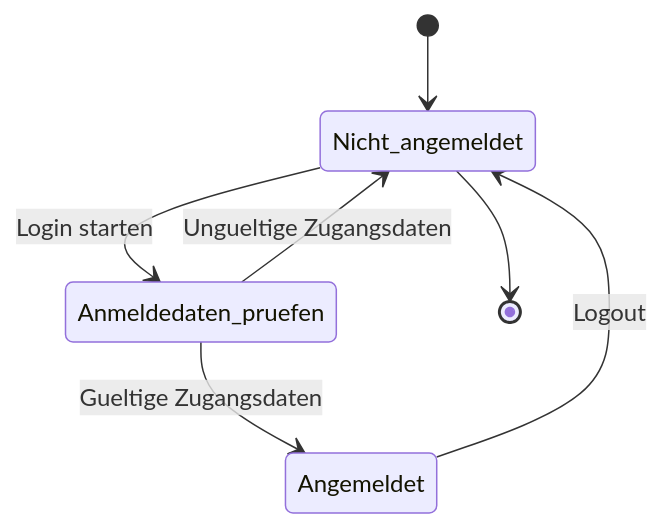
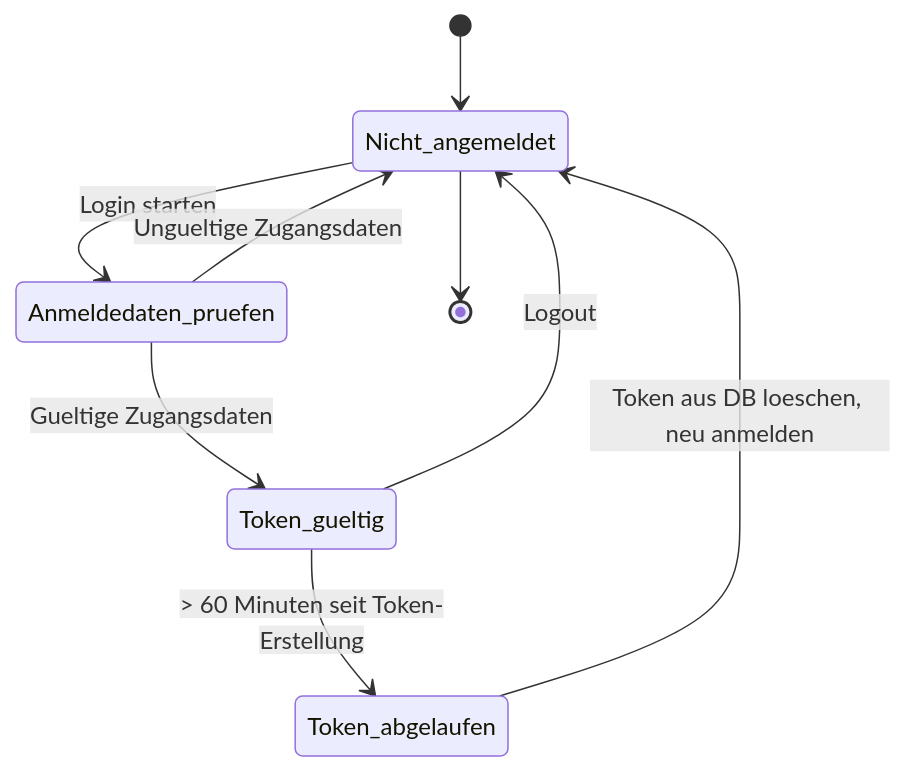
One commit to g8rdier/urban-flow-governance changed the second of 5 diagrams in docs/USER_MANAGEMENT.md. Above: the diagram before and after it, drawn with Mermaid. The commit also changed other lines of this file and 1 other file, not shown here.

````diff
--- a/docs/USER_MANAGEMENT.md
+++ b/docs/USER_MANAGEMENT.md
@@ -45,11 +42,13 @@
 ```mermaid
 stateDiagram-v2
 	[*] --> Nicht_angemeldet
 
 	Nicht_angemeldet --> Anmeldedaten_pruefen: Login starten
-	Anmeldedaten_pruefen --> Angemeldet: Gueltige Zugangsdaten
+	Anmeldedaten_pruefen --> Token_gueltig: Gueltige Zugangsdaten
 	Anmeldedaten_pruefen --> Nicht_angemeldet: Ungueltige Zugangsdaten
 
-	Angemeldet --> Nicht_angemeldet: Logout
+	Token_gueltig --> Token_abgelaufen: > 60 Minuten seit Token-Erstellung
+	Token_gueltig --> Nicht_angemeldet: Logout
+	Token_abgelaufen --> Nicht_angemeldet: Token aus DB loeschen, neu anmelden
 	Nicht_angemeldet --> [*]
 ```
````
